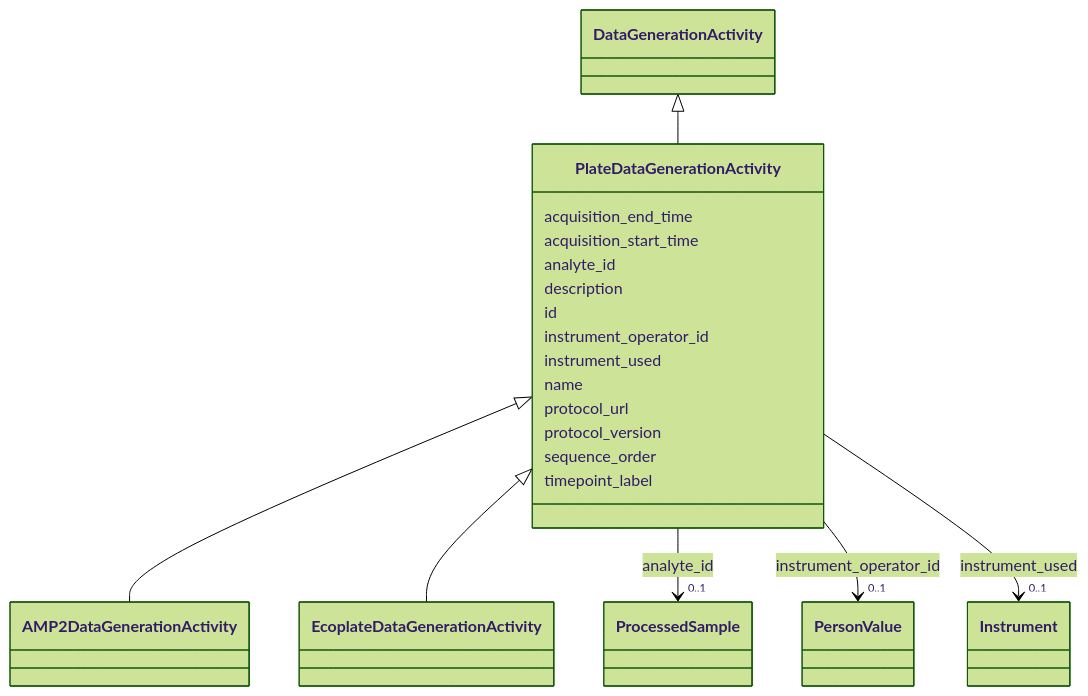
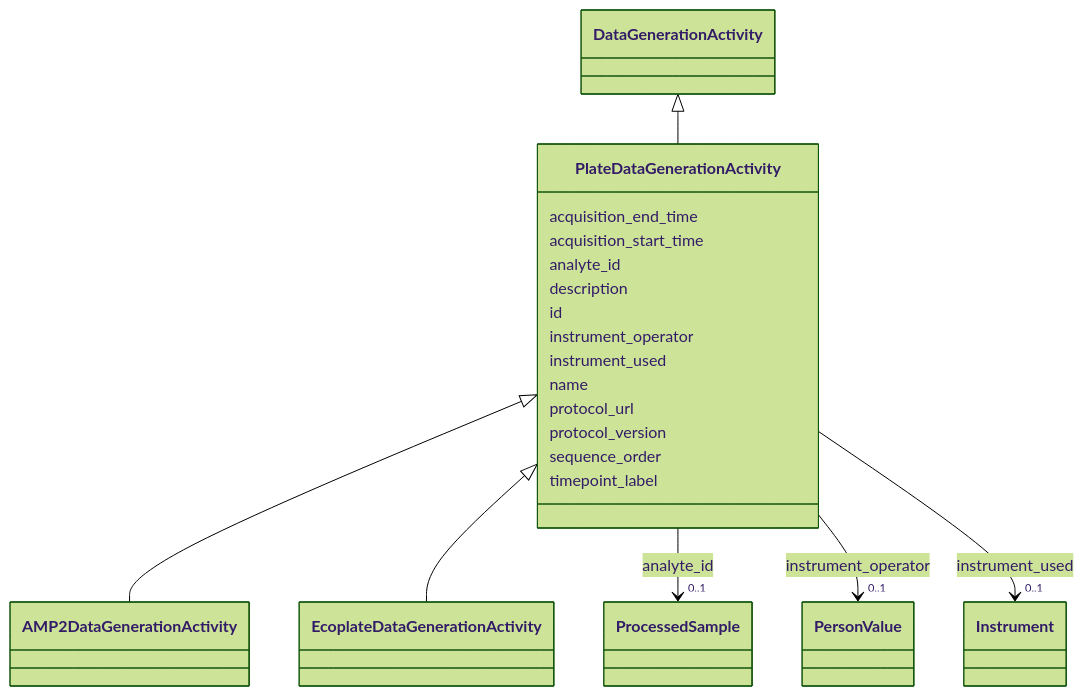
Before and after one commit to EMSL-Computing/BASALT-Schema: the diagram in docs/elements/PlateDataGenerationActivity.md, drawn with Mermaid (forest theme). The commit also changed other lines of this file and 550 other files, not shown here.

````diff
--- a/docs/elements/PlateDataGenerationActivity.md
+++ b/docs/elements/PlateDataGenerationActivity.md
@@ -22,67 +22,67 @@
 ```mermaid
  classDiagram
     class PlateDataGenerationActivity
     click PlateDataGenerationActivity href "../PlateDataGenerationActivity/"
       DataGenerationActivity <|-- PlateDataGenerationActivity
         click DataGenerationActivity href "../DataGenerationActivity/"
       
 
       PlateDataGenerationActivity <|-- AMP2DataGenerationActivity
         click AMP2DataGenerationActivity href "../AMP2DataGenerationActivity/"
       PlateDataGenerationActivity <|-- EcoplateDataGenerationActivity
         click EcoplateDataGenerationActivity href "../EcoplateDataGenerationActivity/"
       
 
       PlateDataGenerationActivity : acquisition_end_time
         
       PlateDataGenerationActivity : acquisition_start_time
         
       PlateDataGenerationActivity : analyte_id
         
           
     
         
         
         PlateDataGenerationActivity --> "0..1" ProcessedSample : analyte_id
         click ProcessedSample href "../ProcessedSample/"
     
 
         
       PlateDataGenerationActivity : description
         
       PlateDataGenerationActivity : id
         
-      PlateDataGenerationActivity : instrument_operator_id
+      PlateDataGenerationActivity : instrument_operator
         
           
     
         
         
-        PlateDataGenerationActivity --> "0..1" PersonValue : instrument_operator_id
+        PlateDataGenerationActivity --> "0..1" PersonValue : instrument_operator
         click PersonValue href "../PersonValue/"
     
 
         
       PlateDataGenerationActivity : instrument_used
         
           
     
         
         
         PlateDataGenerationActivity --> "0..1" Instrument : instrument_used
         click Instrument href "../Instrument/"
     
 
         
       PlateDataGenerationActivity : name
         
       PlateDataGenerationActivity : protocol_url
         
       PlateDataGenerationActivity : protocol_version
         
       PlateDataGenerationActivity : sequence_order
         
       PlateDataGenerationActivity : timepoint_label
         
       
 ```
````
